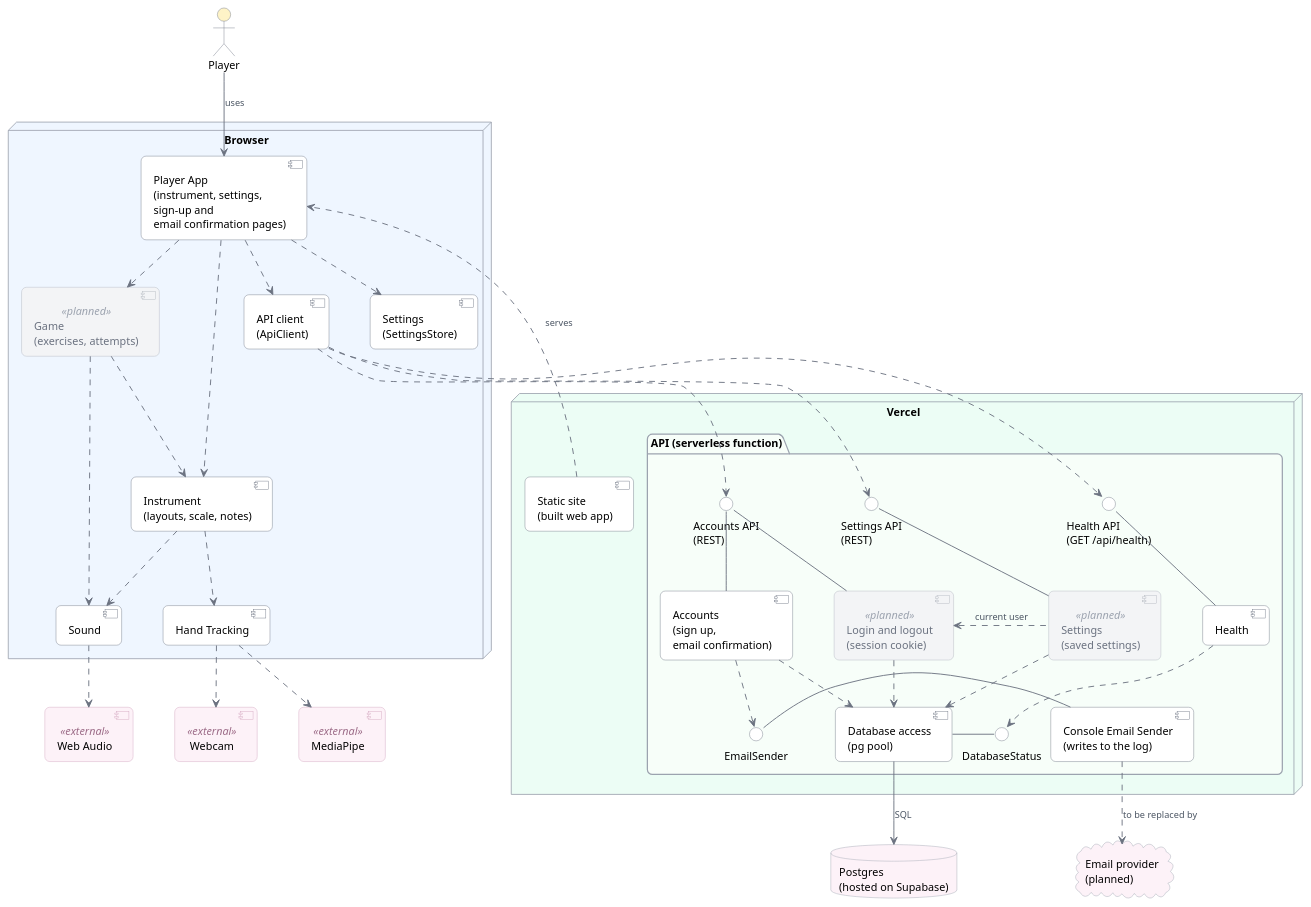
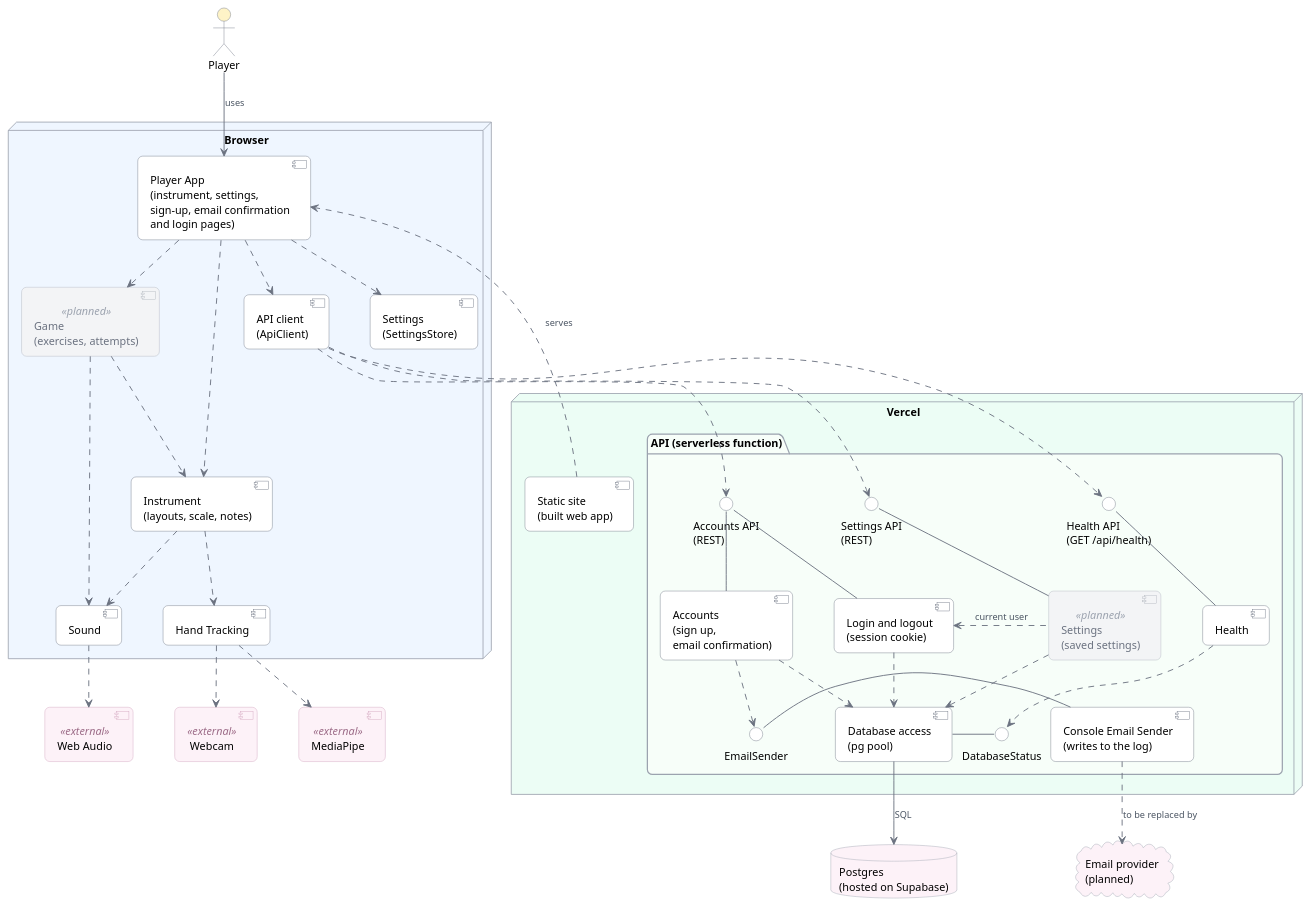
Before and after one commit to MESW-LES-2627/les-project-group-5: the diagram in docs/design/component-diagram.puml, drawn with PlantUML. The commit also changed 4 other files, not shown here.

```diff
--- a/docs/design/component-diagram.puml
+++ b/docs/design/component-diagram.puml
@@ -1,104 +1,104 @@
 @startuml
 ' Look: soft colours, rounded corners, curved lines, small grey labels.
 skinparam shadowing false
 skinparam roundCorner 12
 skinparam defaultFontName Helvetica
 skinparam defaultFontSize 13
 skinparam componentStyle uml2
 skinparam ArrowColor #6B7280
 skinparam ArrowThickness 1.1
 skinparam ArrowFontSize 11
 skinparam ArrowFontColor #4B5563
 skinparam nodeBorderColor #9CA3AF
 skinparam packageBorderColor #9CA3AF
 skinparam interfaceBorderColor #6B7280
 skinparam interfaceBackgroundColor #FFFFFF
 skinparam actorBorderColor #6B7280
 skinparam actorBackgroundColor #FEF3C7
 skinparam databaseBorderColor #9CA3AF
 skinparam cloudBorderColor #9CA3AF
 skinparam component {
   BackgroundColor #FFFFFF
   BorderColor #6B7280
 }
 skinparam component<<planned>> {
   BackgroundColor #F3F4F6
   BorderColor #B0B5BD
   FontColor #6B7280
   StereotypeFontColor #9CA3AF
 }
 skinparam component<<external>> {
   BackgroundColor #FDF2F8
   BorderColor #D1A3BD
   StereotypeFontColor #9C6B87
 }
 skinparam nodesep 50
 skinparam ranksep 55
 
 actor Player
 
 node "Browser" #EFF6FF {
-  component "Player App\n(instrument, settings,\nsign-up and\nemail confirmation pages)" as App
+  component "Player App\n(instrument, settings,\nsign-up, email confirmation\nand login pages)" as App
   component "Settings\n(SettingsStore)" as Set
   component "Game\n(exercises, attempts)" as Ear <<planned>>
   component "Instrument\n(layouts, scale, notes)" as Instr
   component "Hand Tracking" as Track
   component "Sound" as Sound
   component "API client\n(ApiClient)" as Client
 }
 
 node "Vercel" #ECFDF5 {
   package "API (serverless function)" #F7FEF9 {
     () "Health API\n(GET /api/health)" as HAPI
     () "Accounts API\n(REST)" as AAPI
     () "Settings API\n(REST)" as SAPI
     component "Health" as Health
     component "Accounts\n(sign up,\nemail confirmation)" as Acc
-    component "Login and logout\n(session cookie)" as Login <<planned>>
+    component "Login and logout\n(session cookie)" as Login
     component "Settings\n(saved settings)" as SSet <<planned>>
     () "DatabaseStatus" as DBS
     () "EmailSender" as ES
     component "Database access\n(pg pool)" as DBA
     component "Console Email Sender\n(writes to the log)" as Mail
   }
   component "Static site\n(built web app)" as Site
 }
 
 component "Webcam" as Cam <<external>>
 component "MediaPipe" as MP <<external>>
 component "Web Audio" as WA <<external>>
 database "Postgres\n(hosted on Supabase)" as PG #FDF2F8
 cloud "Email provider\n(planned)" as SMTP #FDF2F8
 
 Player -down-> App : uses
 App .down.> Set
 App .down.> Ear
 App .down.> Instr
 App .down.> Client
 Ear .down.> Instr
 Ear .down.> Sound
 Instr .down.> Track
 Instr .down.> Sound
 Track .down.> Cam
 Track .down.> MP
 Sound .down.> WA
 
 Client ..> HAPI
 Client ..> AAPI
 Client ..> SAPI
 HAPI -down- Health
 AAPI -down- Acc
 AAPI -down- Login
 SAPI -down- SSet
 SSet .left.> Login : current user
 Health .down.> DBS
 DBS - DBA
 Acc .down.> DBA
 Login .down.> DBA
 SSet .down.> DBA
 Acc .down.> ES
 Mail -left- ES
 Mail .down.> SMTP : to be replaced by
 DBA -down-> PG : SQL
 Site .[norank].> App : serves
 @enduml
```
